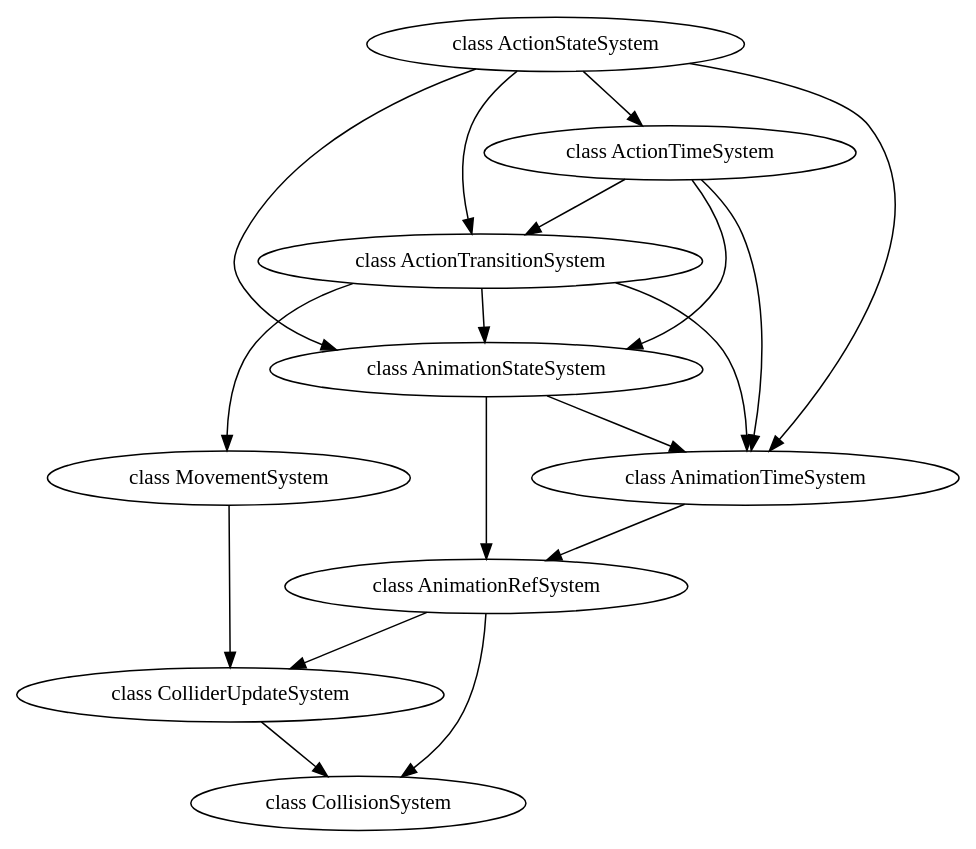
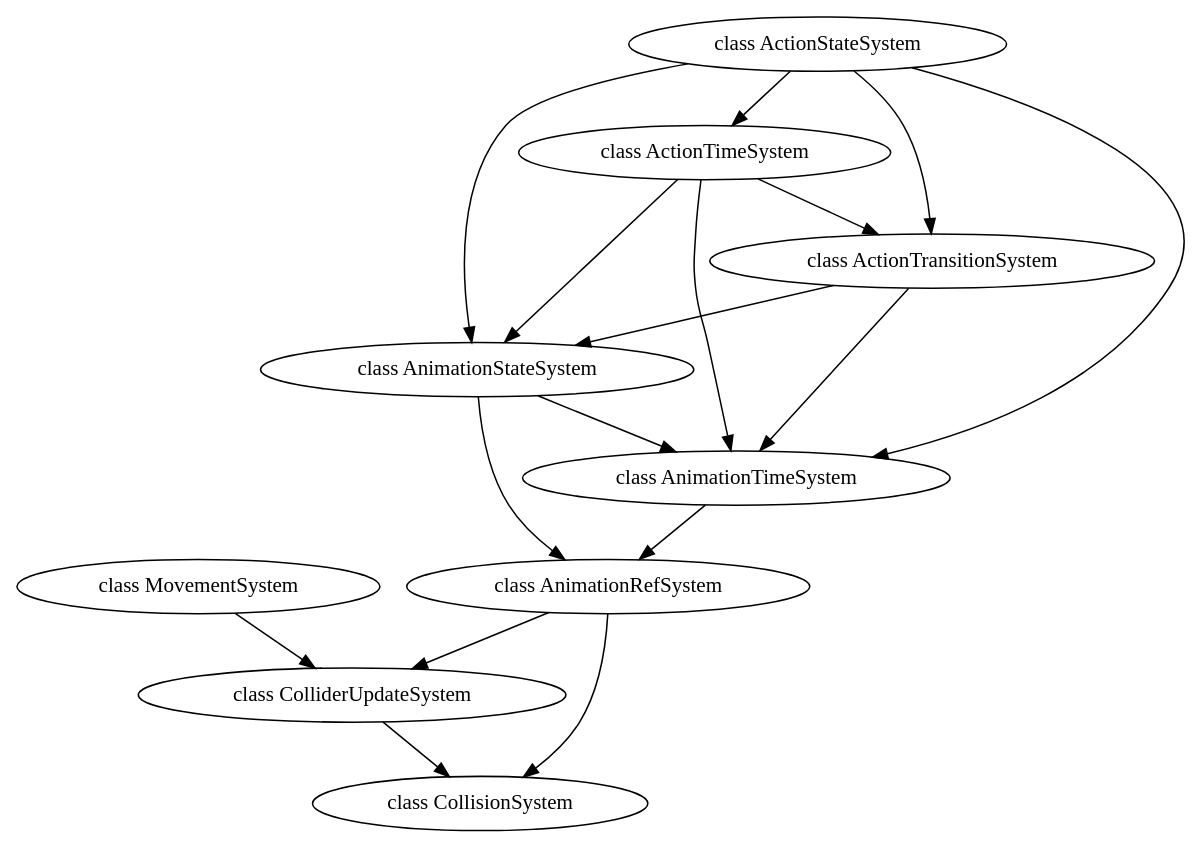
One commit to Vallhup/GameServer changed the diagram in WITH_Server/JobGraph Study/graph.gv. Above: the diagram before and after it, drawn with Graphviz. The commit also changed 10 other files, not shown here.

First line of the commit message:
feat(action): add initial action system implementation

```diff
--- a/WITH_Server/JobGraph Study/graph.gv
+++ b/WITH_Server/JobGraph Study/graph.gv
@@ -1,20 +1,19 @@
 digraph JobGraph {
   "class ActionStateSystem" -> "class ActionTimeSystem";
   "class ActionStateSystem" -> "class ActionTransitionSystem";
   "class ActionStateSystem" -> "class AnimationStateSystem";
   "class ActionStateSystem" -> "class AnimationTimeSystem";
   "class ActionTimeSystem" -> "class ActionTransitionSystem";
   "class ActionTimeSystem" -> "class AnimationStateSystem";
   "class ActionTimeSystem" -> "class AnimationTimeSystem";
-  "class ActionTransitionSystem" -> "class MovementSystem";
   "class ActionTransitionSystem" -> "class AnimationStateSystem";
   "class ActionTransitionSystem" -> "class AnimationTimeSystem";
   "class MovementSystem" -> "class ColliderUpdateSystem";
   "class AnimationStateSystem" -> "class AnimationTimeSystem";
   "class AnimationStateSystem" -> "class AnimationRefSystem";
   "class AnimationTimeSystem" -> "class AnimationRefSystem";
   "class AnimationRefSystem" -> "class ColliderUpdateSystem";
   "class AnimationRefSystem" -> "class CollisionSystem";
   "class ColliderUpdateSystem" -> "class CollisionSystem";
   "class CollisionSystem";
 }
```
